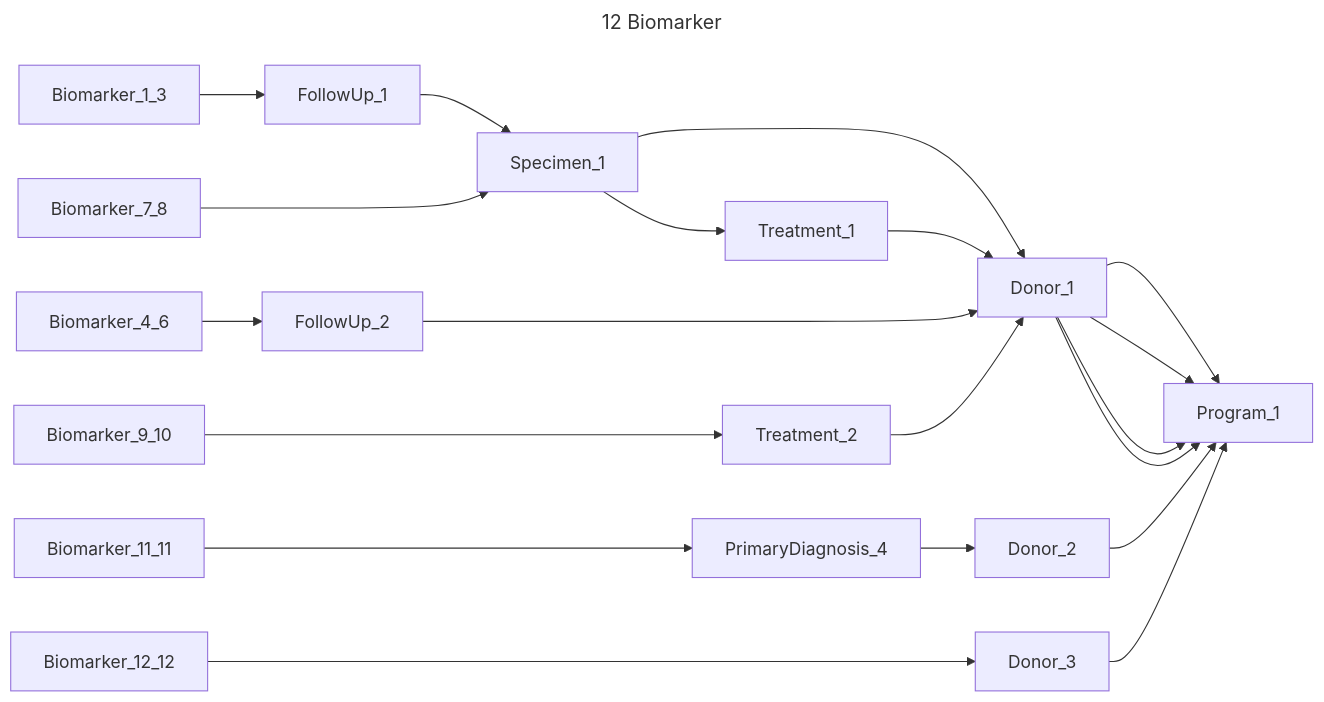
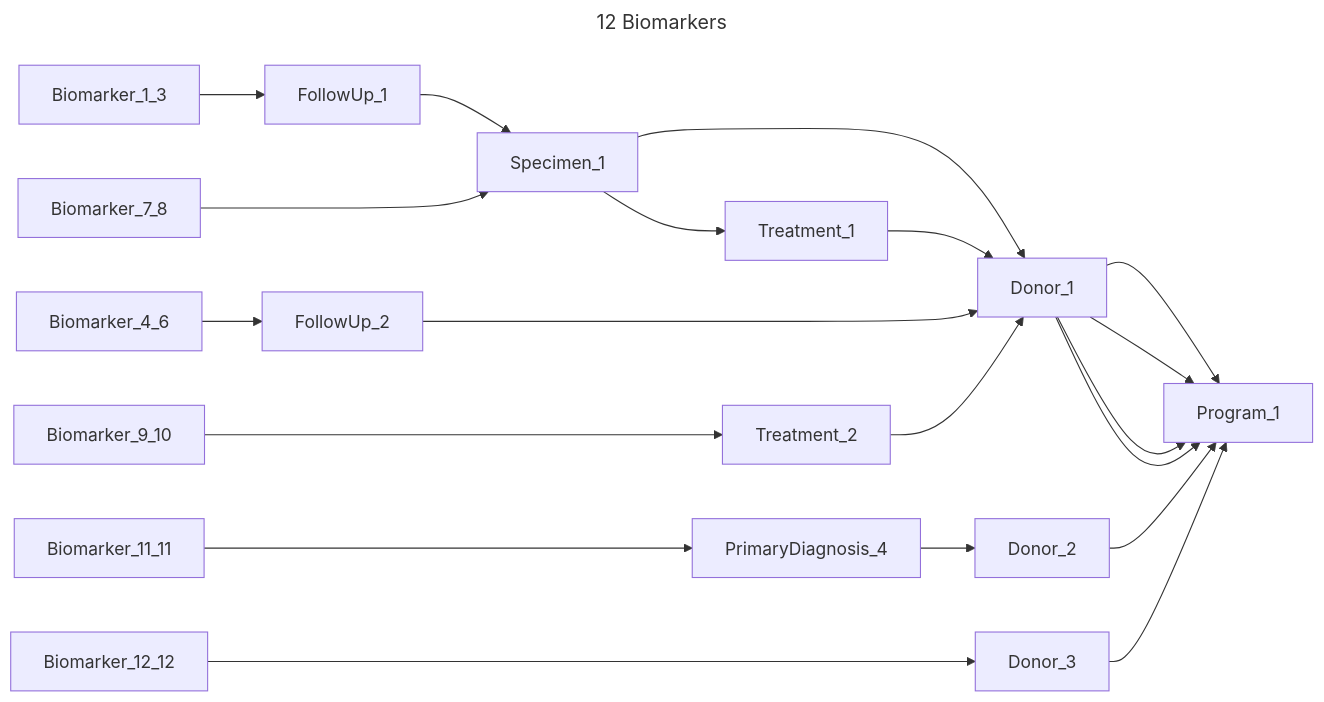
Before and after one commit to bento-platform/katsu: diagram 12 of 13 in chord_metadata_service/mohpackets/data/small_dataset/README.md, drawn with Mermaid. The commit also changed other lines of this file, not shown here.

````diff
--- a/chord_metadata_service/mohpackets/data/small_dataset/README.md
+++ b/chord_metadata_service/mohpackets/data/small_dataset/README.md
@@ -251,12 +168,12 @@
 ```mermaid
 ---
-title: 12 Biomarker
+title: 12 Biomarkers
 ---
 graph LR;  
   Biomarker_1_3 --> FollowUp_1 --> Specimen_1 --> Donor_1 --> Program_1;
   Biomarker_4_6 --> FollowUp_2 ----> Donor_1 --> Program_1;
   Biomarker_7_8 ---> Specimen_1 --> Treatment_1 --> Donor_1 --> Program_1;
   Biomarker_9_10 ----> Treatment_2 --> Donor_1 --> Program_1;
   Biomarker_11_11 ----> PrimaryDiagnosis_4 --> Donor_2 --> Program_1;
   Biomarker_12_12 -----> Donor_3 --> Program_1;
 ```
````
